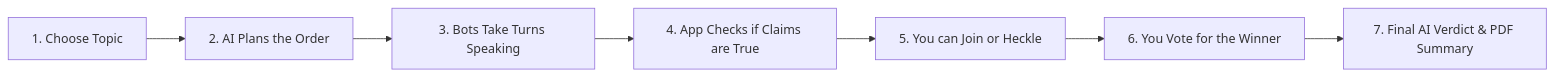
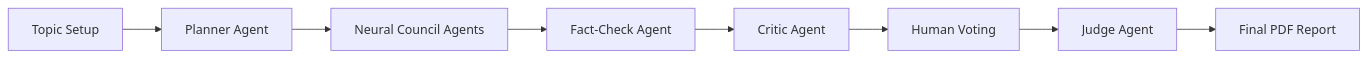
Before and after one commit to srishtit067/debate-arena: the diagram in README.md, drawn with Mermaid. The commit also changed other lines of this file, not shown here.

````diff
--- a/README.md
+++ b/README.md
@@ -20,9 +31,10 @@
 ```mermaid
 graph LR
-    A[1. Choose Topic] --> B[2. AI Plans the Order]
-    B --> C[3. Bots Take Turns Speaking]
-    C --> D[4. App Checks if Claims are True]
-    D --> E[5. You can Join or Heckle]
-    E --> F[6. You Vote for the Winner]
-    F --> G[7. Final AI Verdict & PDF Summary]
+    A[Topic Setup] --> B[Planner Agent]
+    B --> C[Neural Council Agents]
+    C --> D[Fact-Check Agent]
+    D --> E[Critic Agent]
+    E --> F[Human Voting]
+    F --> G[Judge Agent]
+    G --> H[Final PDF Report]
 ```
````
